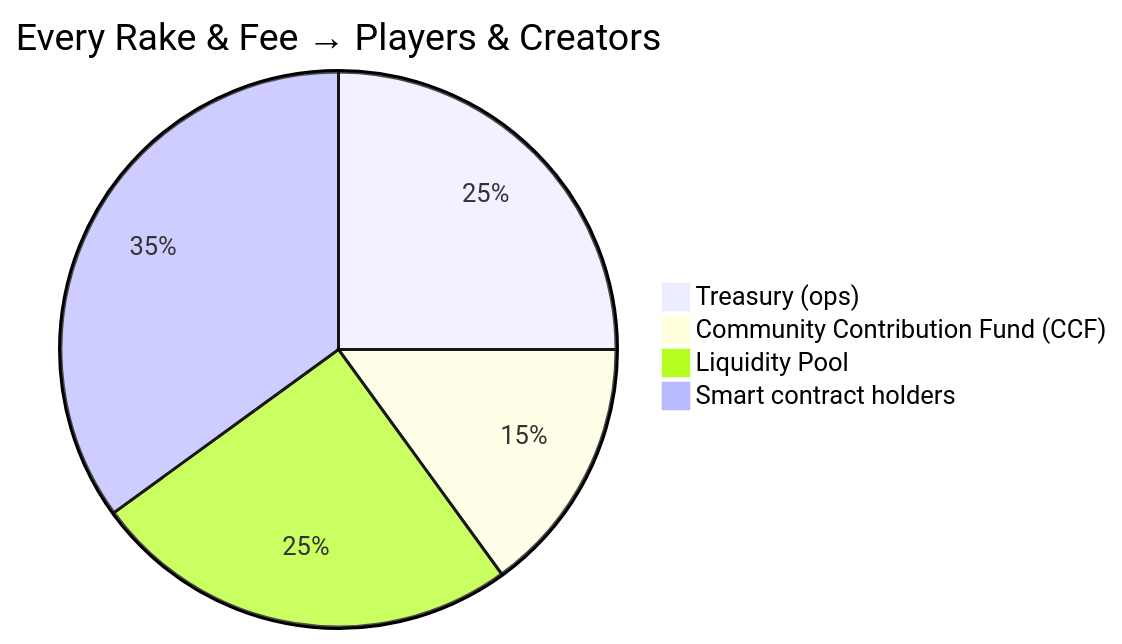
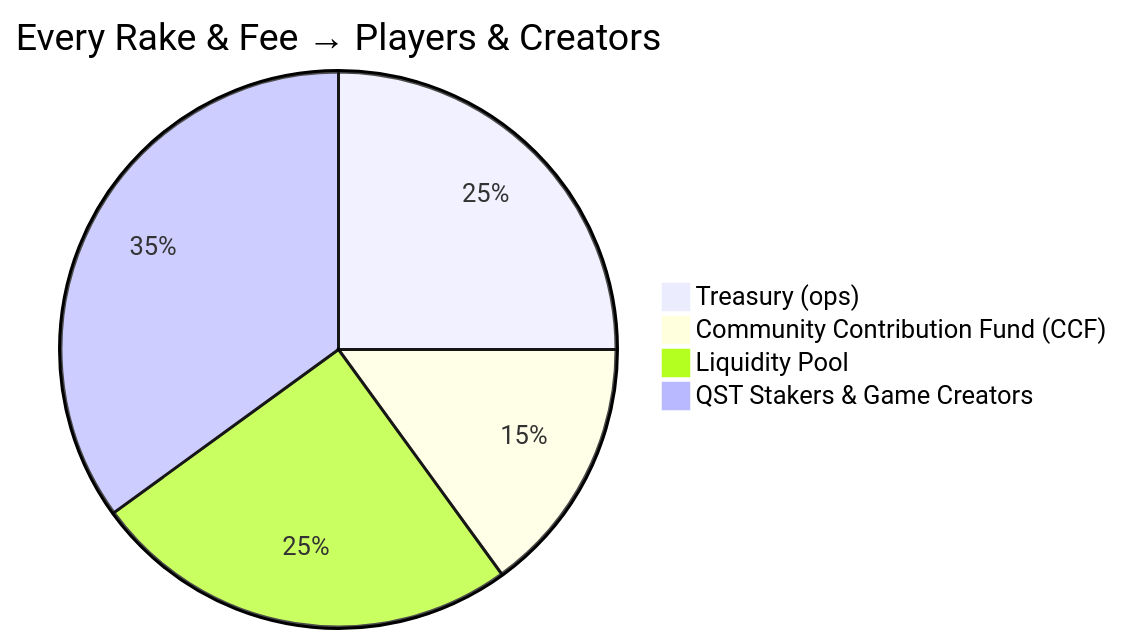
Before and after one commit to nineisten/qusino: the diagram in README.md, drawn with Mermaid. The commit also changed other lines of this file, not shown here.

````diff
--- a/README.md
+++ b/README.md
@@ -41,7 +41,7 @@
 ```mermaid
 pie title Every Rake & Fee → Players & Creators
     "Treasury (ops)" : 25
     "Community Contribution Fund (CCF)" : 15
     "Liquidity Pool" : 25
-    "Smart contract holders" : 35
+    "QST Stakers & Game Creators" : 35
 ```
````
